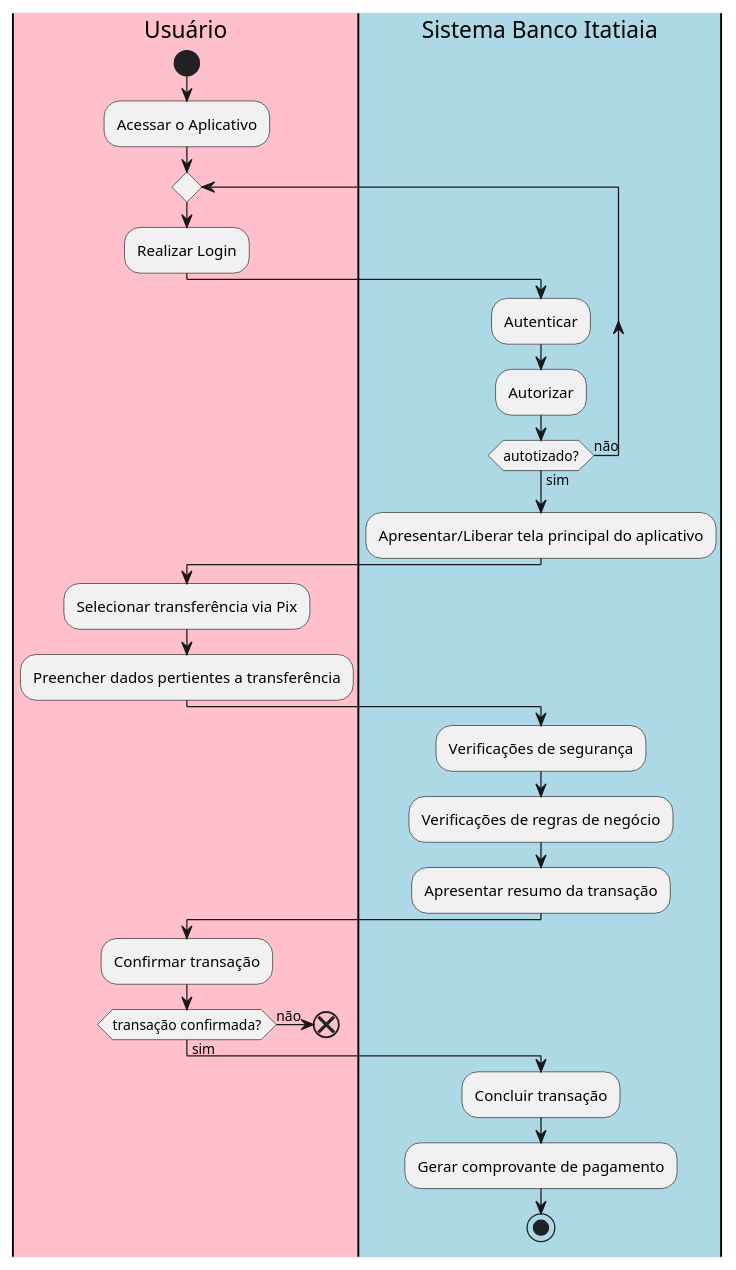
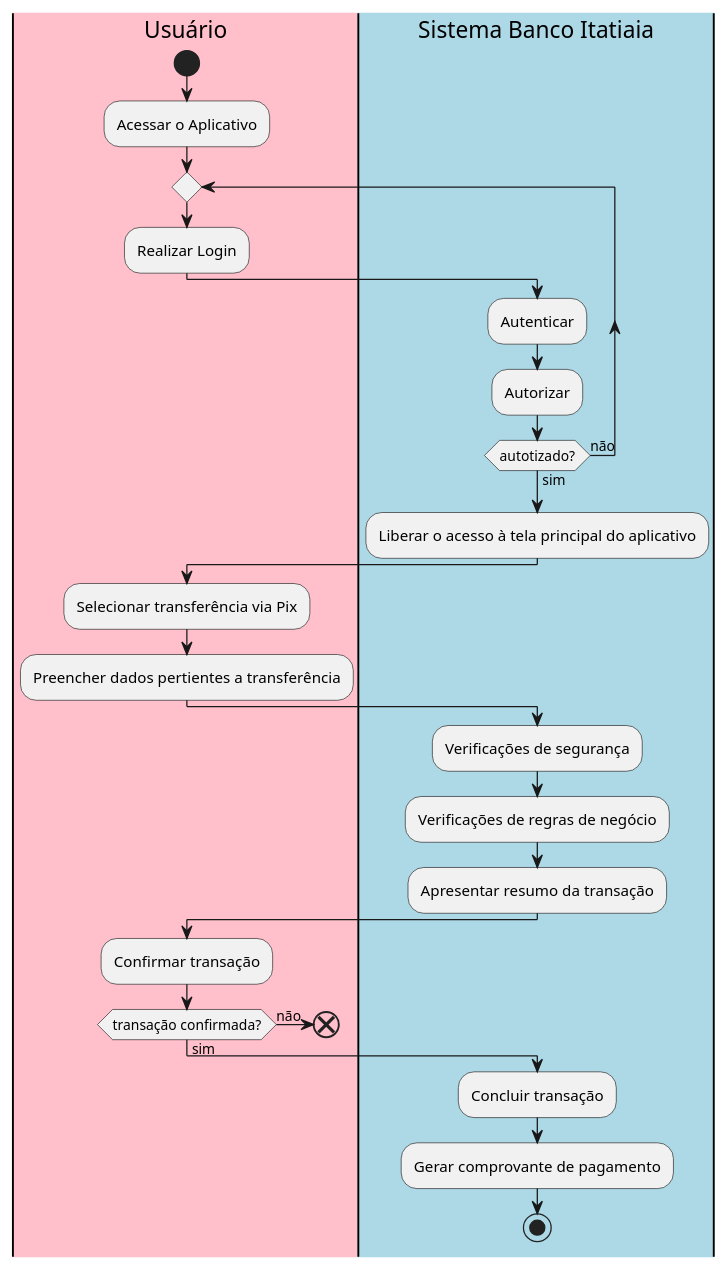
Before and after one commit to nogueiralegacy/sandbox: the diagram in ihc/casoDeUso/image/transferenciaPix.puml, drawn with PlantUML. The commit also changed 11 other files, not shown here.

```diff
--- a/ihc/casoDeUso/image/transferenciaPix.puml
+++ b/ihc/casoDeUso/image/transferenciaPix.puml
@@ -1,43 +1,43 @@
 @startuml
 
 |#pink|Usuário|
 start
 
 :Acessar o Aplicativo;
 
 repeat 
 :Realizar Login;
 
 |#lightblue|Sistema Banco Itatiaia|
 
 :Autenticar;
 :Autorizar;
 
 repeat while (autotizado?) is (não) not (sim)
-:Apresentar/Liberar tela principal do aplicativo;
+:Liberar o acesso à tela principal do aplicativo;
 
 |Usuário|
 
 :Selecionar transferência via Pix;
 :Preencher dados pertientes a transferência;
 
 |Sistema Banco Itatiaia|
 
 :Verificações de segurança;
 :Verificações de regras de negócio;
 
 :Apresentar resumo da transação;
 
 |Usuário|
 
 :Confirmar transação;
 
 if (transação confirmada?) then (não)
 end
 else (sim)
 |Sistema Banco Itatiaia|
 :Concluir transação;
 :Gerar comprovante de pagamento;
 
 stop
 @enduml
```
